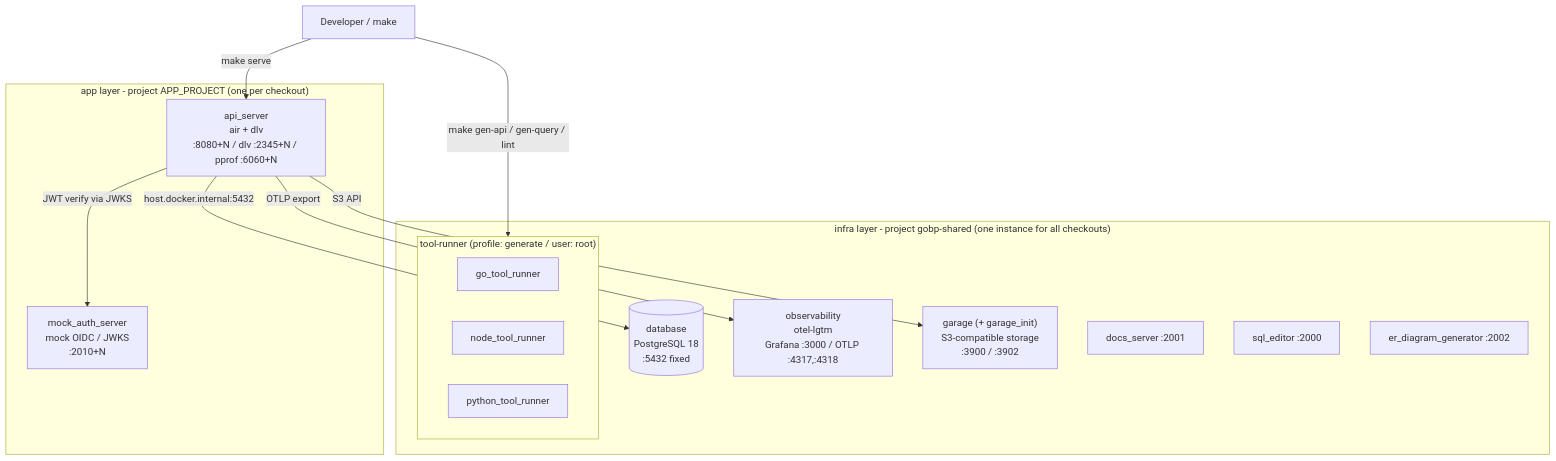
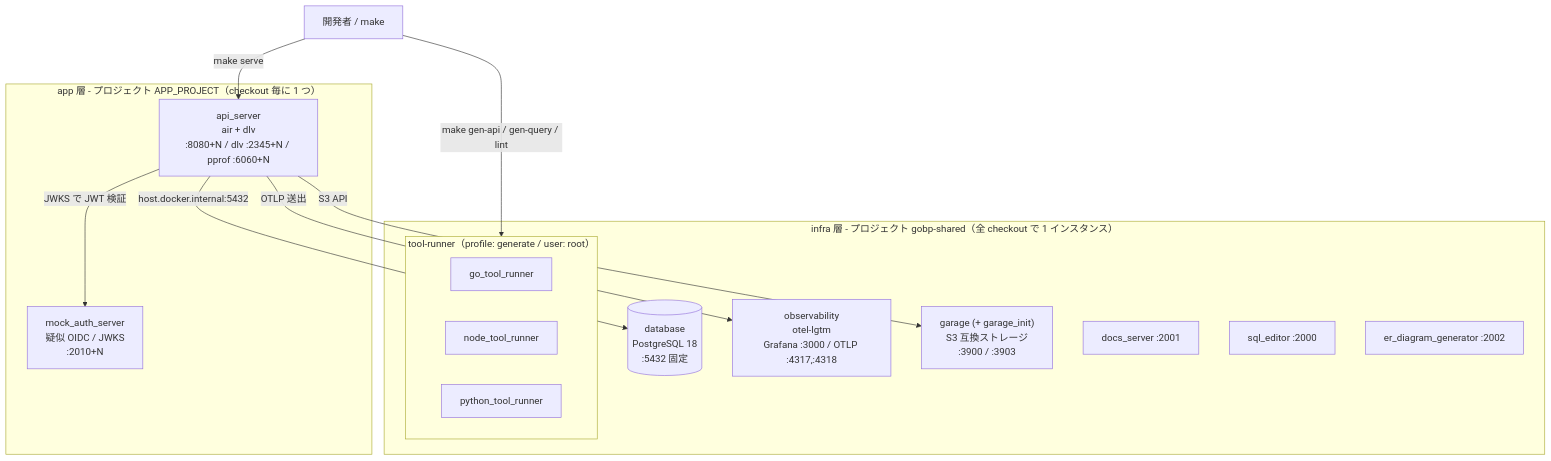
Before and after one commit to Tomy-ch/go-boilerplate: the first of 2 diagrams in docs/maintenance/local-environment.md, drawn with Mermaid. The commit also changed other lines of this file and 970 other files, not shown here.

````diff
--- a/docs/maintenance/local-environment.md
+++ b/docs/maintenance/local-environment.md
@@ -16,30 +15,30 @@
 ```mermaid
 graph TB
-  dev["Developer / make"]
+  dev["開発者 / make"]
 
-  subgraph infra["infra layer - project gobp-shared (one instance for all checkouts)"]
-    db[("database<br/>PostgreSQL 18<br/>:5432 fixed")]
+  subgraph infra["infra 層 - プロジェクト gobp-shared（全 checkout で 1 インスタンス）"]
+    db[("database<br/>PostgreSQL 18<br/>:5432 固定")]
     obs["observability<br/>otel-lgtm<br/>Grafana :3000 / OTLP :4317,:4318"]
-    gar["garage (+ garage_init)<br/>S3-compatible storage<br/>:3900 / :3902"]
+    gar["garage (+ garage_init)<br/>S3 互換ストレージ<br/>:3900 / :3903"]
     docs["docs_server :2001"]
     sql["sql_editor :2000"]
     er["er_diagram_generator :2002"]
-    subgraph runners["tool-runner (profile: generate / user: root)"]
+    subgraph runners["tool-runner（profile: generate / user: root）"]
       go["go_tool_runner"]
       node["node_tool_runner"]
       py["python_tool_runner"]
     end
   end
 
-  subgraph app["app layer - project APP_PROJECT (one per checkout)"]
+  subgraph app["app 層 - プロジェクト APP_PROJECT（checkout 毎に 1 つ）"]
     api["api_server<br/>air + dlv<br/>:8080+N / dlv :2345+N / pprof :6060+N"]
-    auth["mock_auth_server<br/>mock OIDC / JWKS<br/>:2010+N"]
+    auth["mock_auth_server<br/>疑似 OIDC / JWKS<br/>:2010+N"]
   end
 
   dev -->|make serve| api
   dev -->|make gen-api / gen-query / lint| runners
   api -->|host.docker.internal:5432| db
-  api -->|OTLP export| obs
+  api -->|OTLP 送出| obs
   api -->|S3 API| gar
-  api -->|JWT verify via JWKS| auth
+  api -->|JWKS で JWT 検証| auth
 ```
````
